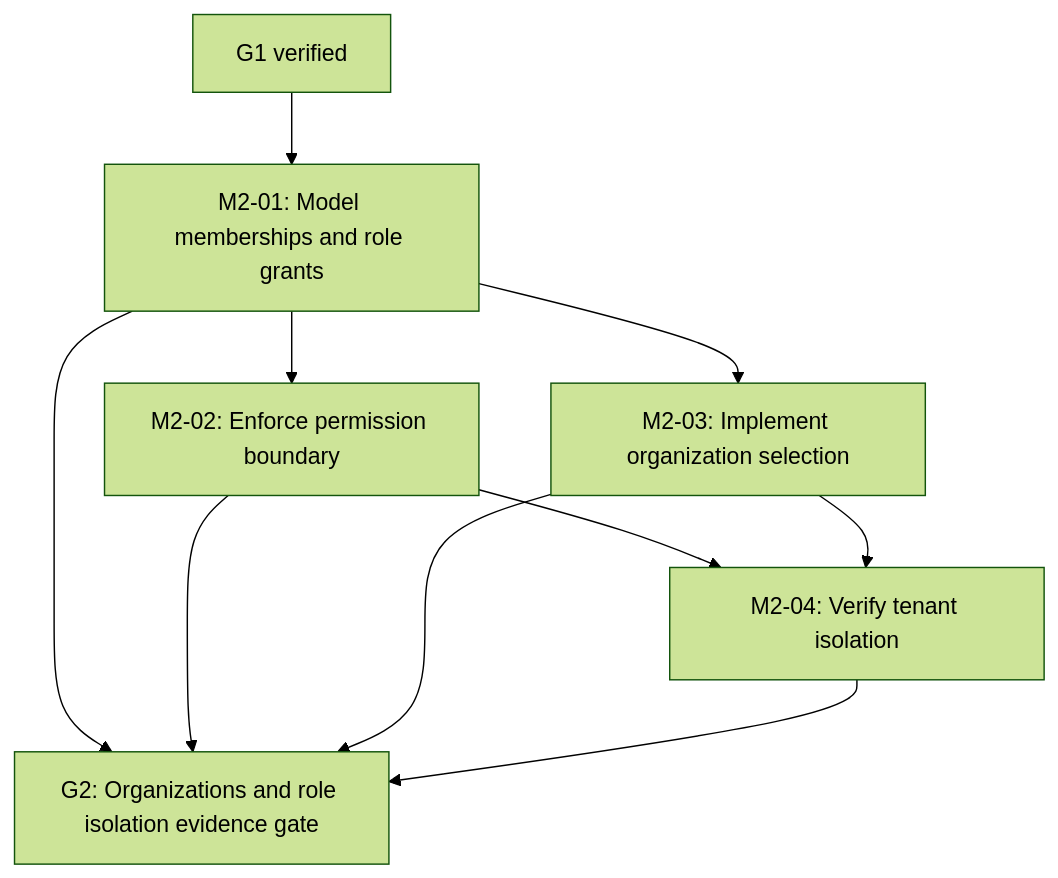
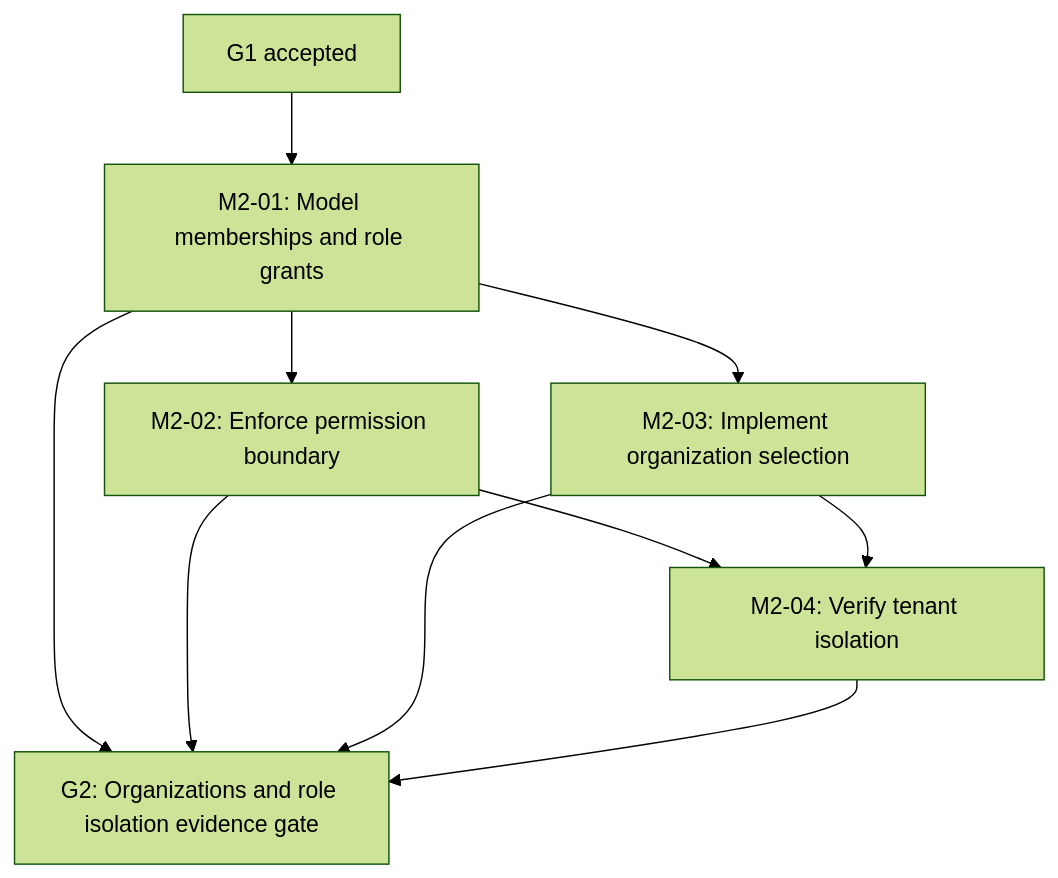
One commit to ekamal22/HarborOps-Enterprise-Maritime-Logistics-IT-Operations-Platform changed the tenth of 32 diagrams in docs/EXECUTION_GRAPH.md. Above: the diagram before and after it, drawn with Mermaid (forest theme). The commit also changed other lines of this file and 2 other files, not shown here.

````diff
--- a/docs/EXECUTION_GRAPH.md
+++ b/docs/EXECUTION_GRAPH.md
@@ -195,18 +289,18 @@
 ```mermaid
 flowchart TD
   M2_01["M2-01: Model memberships and role grants"]
   M2_02["M2-02: Enforce permission boundary"]
   M2_03["M2-03: Implement organization selection"]
   M2_04["M2-04: Verify tenant isolation"]
   G2["G2: Organizations and role isolation evidence gate"]
-  G1["G1 verified"]
+  G1["G1 accepted"]
   G1 --> M2_01
   M2_01 --> M2_02
   M2_01 --> M2_03
   M2_02 --> M2_04
   M2_03 --> M2_04
   M2_01 --> G2
   M2_02 --> G2
   M2_03 --> G2
   M2_04 --> G2
 ```
````
